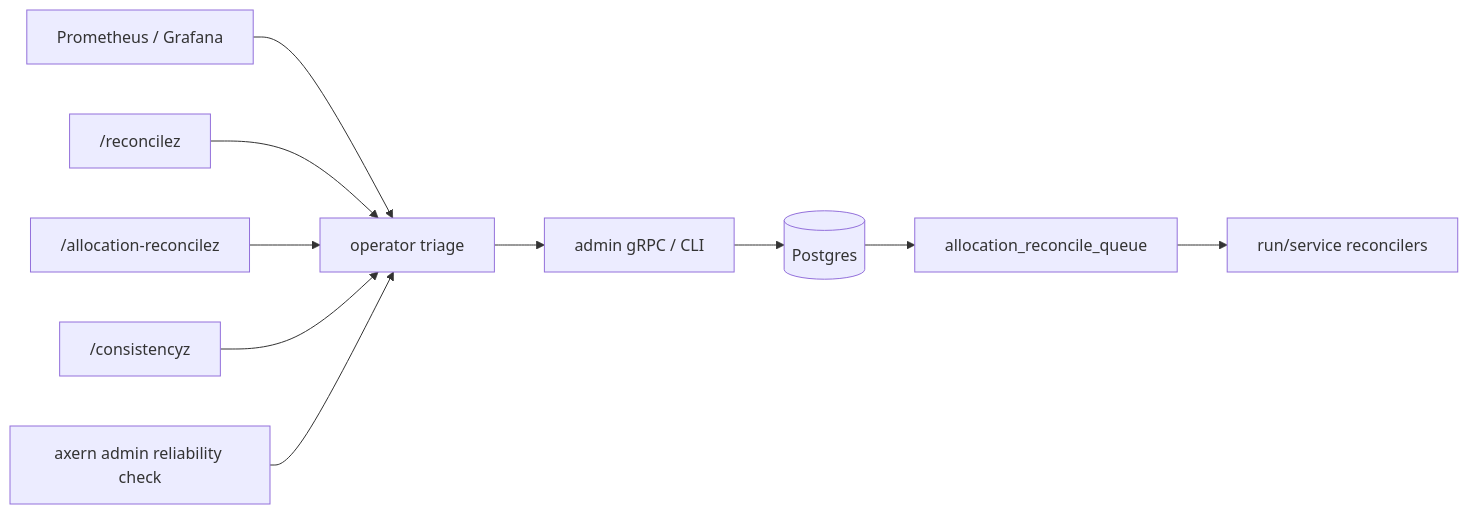
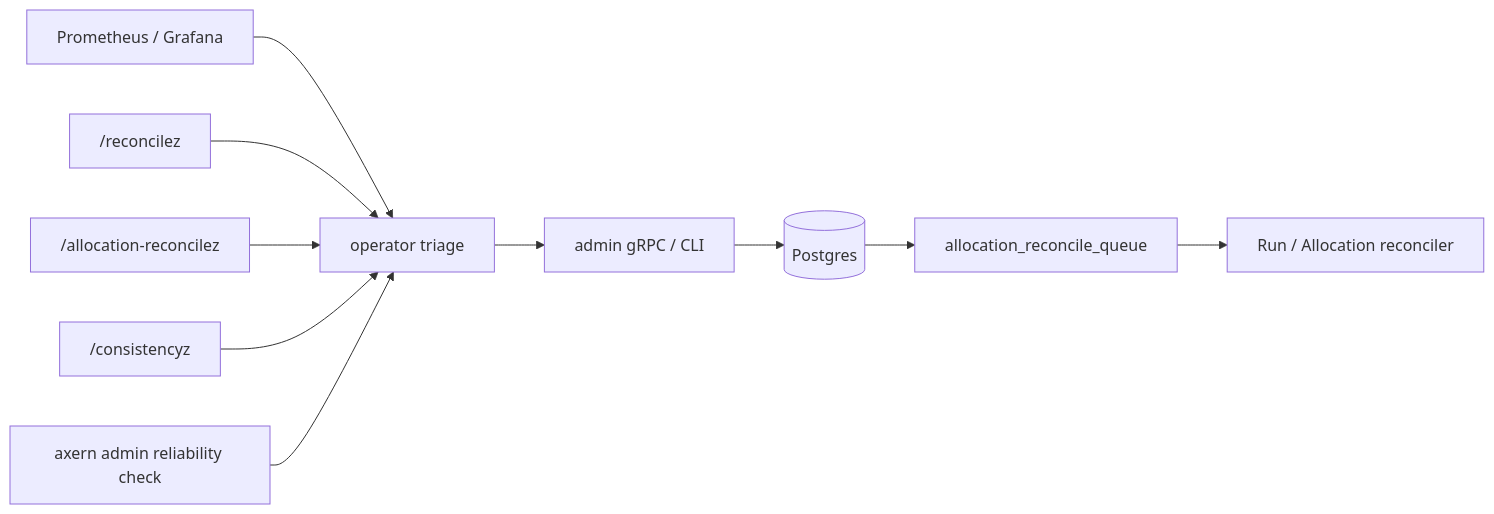
Before and after one commit to cofy-x/axern: the diagram in control/controld/docs/reconcile-operations.md, drawn with Mermaid. The commit also changed other lines of this file and 566 other files, not shown here.

````diff
--- a/control/controld/docs/reconcile-operations.md
+++ b/control/controld/docs/reconcile-operations.md
@@ -27,12 +27,12 @@
 ```mermaid
 flowchart LR
   Metrics["Prometheus / Grafana"] --> Triage["operator triage"]
   ReconcileZ["/reconcilez"] --> Triage
   QueueZ["/allocation-reconcilez"] --> Triage
   ConsistencyZ["/consistencyz"] --> Triage
   CLIHealth["axern admin reliability check"] --> Triage
   Triage --> Admin["admin gRPC / CLI"]
   Admin --> DB[("Postgres")]
   DB --> Queue["allocation_reconcile_queue"]
-  Queue --> Reconciler["run/service reconcilers"]
+  Queue --> Reconciler["Run / Allocation reconciler"]
 ```
````
